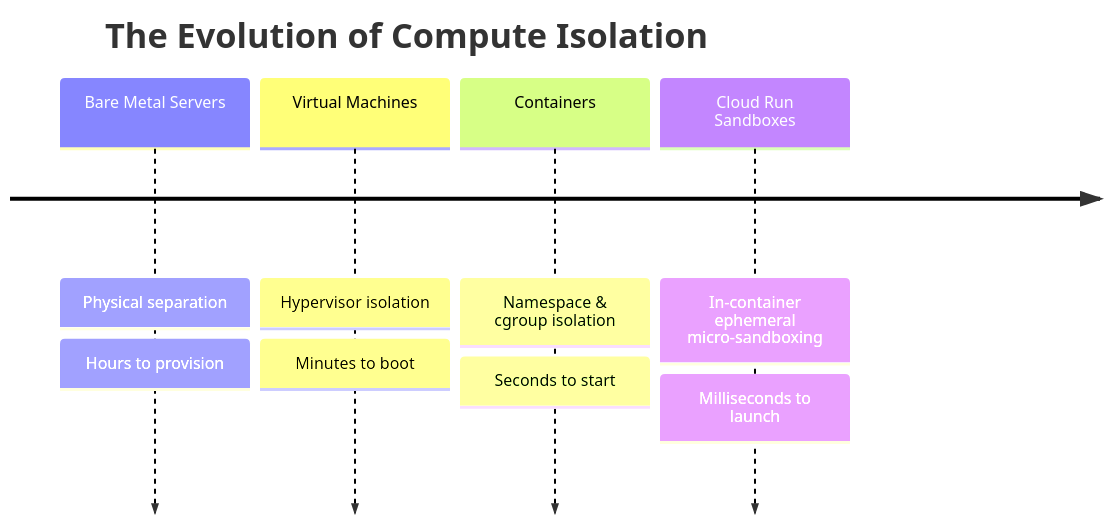
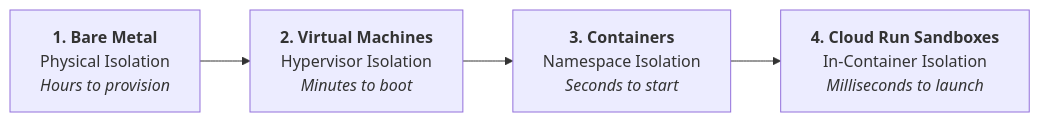
Before and after one commit to rominirani/cloud-run-sandboxes: the first of 7 diagrams in TUTORIAL.md, drawn with Mermaid. The commit also changed other lines of this file, not shown here.

Commit message:
style(docs): optimize mermaid diagrams layout and formatting to eliminate text overlap

````diff
--- a/TUTORIAL.md
+++ b/TUTORIAL.md
@@ -45,8 +45,7 @@
 ```mermaid
-timeline
-    title The Evolution of Compute Isolation
-    Bare Metal Servers : Physical separation : Hours to provision
-    Virtual Machines : Hypervisor isolation : Minutes to boot
-    Containers : Namespace & cgroup isolation : Seconds to start
-    Cloud Run Sandboxes : In-container ephemeral micro-sandboxing : Milliseconds to launch
+flowchart LR
+    A["<b>1. Bare Metal</b><br/>Physical Isolation<br/><i>Hours to provision</i>"] --> 
+    B["<b>2. Virtual Machines</b><br/>Hypervisor Isolation<br/><i>Minutes to boot</i>"] --> 
+    C["<b>3. Containers</b><br/>Namespace Isolation<br/><i>Seconds to start</i>"] --> 
+    D["<b>4. Cloud Run Sandboxes</b><br/>In-Container Isolation<br/><i>Milliseconds to launch</i>"]
 ```
````
